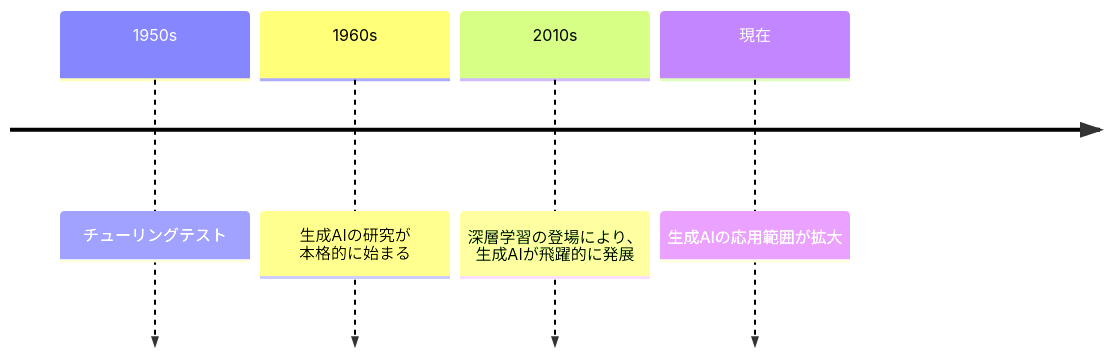
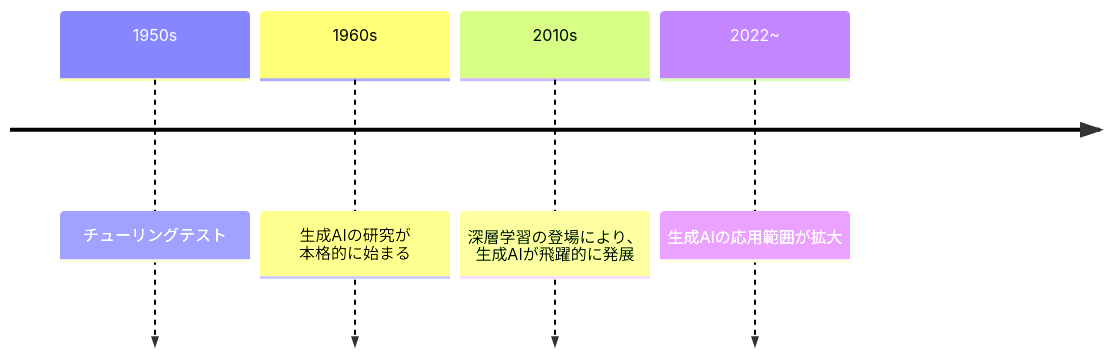
The third of 9 diagrams in README.md (SparklingDetergent/doc_genai_About_the_origins_and_types_of_generative_AI), drawn with Mermaid before and after one commit.

````diff
--- a/README.md
+++ b/README.md
@@ -55,7 +55,7 @@
 ```mermaid
 timeline
     1950s : チューリングテスト
     1960s : 生成AIの研究が 本格的に始まる
     2010s : 深層学習の登場により、 生成AIが飛躍的に発展
-    現在 : 生成AIの応用範囲が拡大
+    2022~ : 生成AIの応用範囲が拡大
 ```
````
